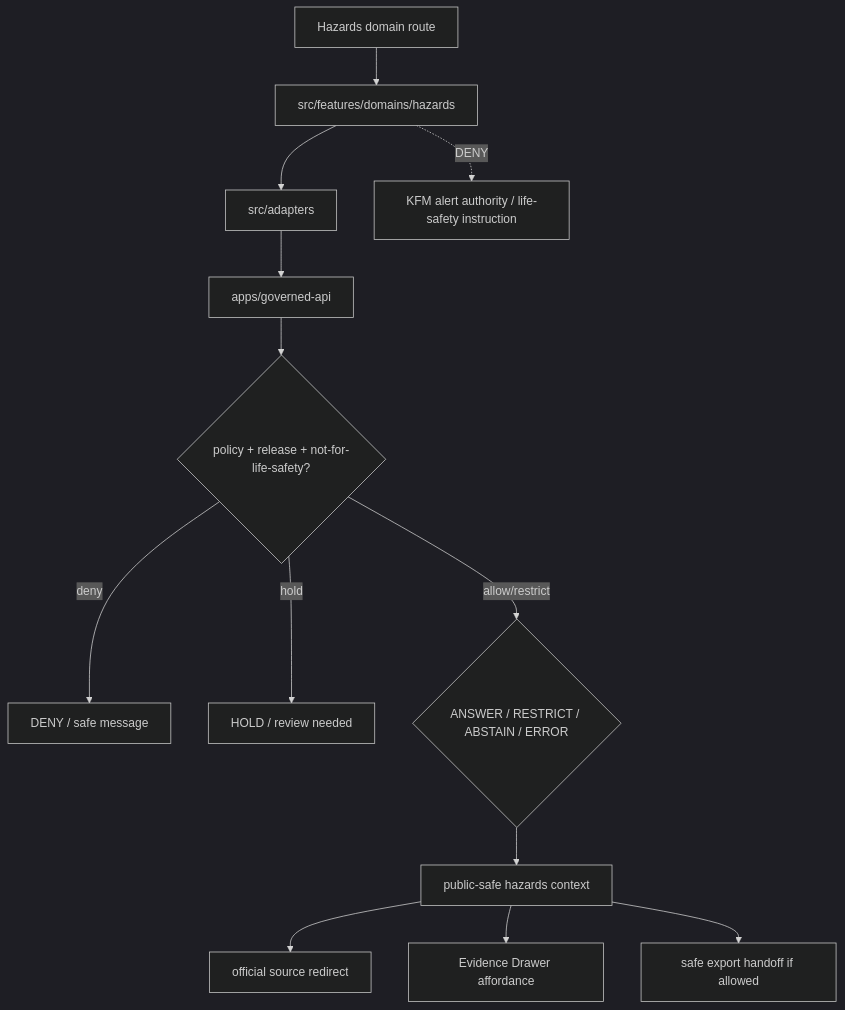
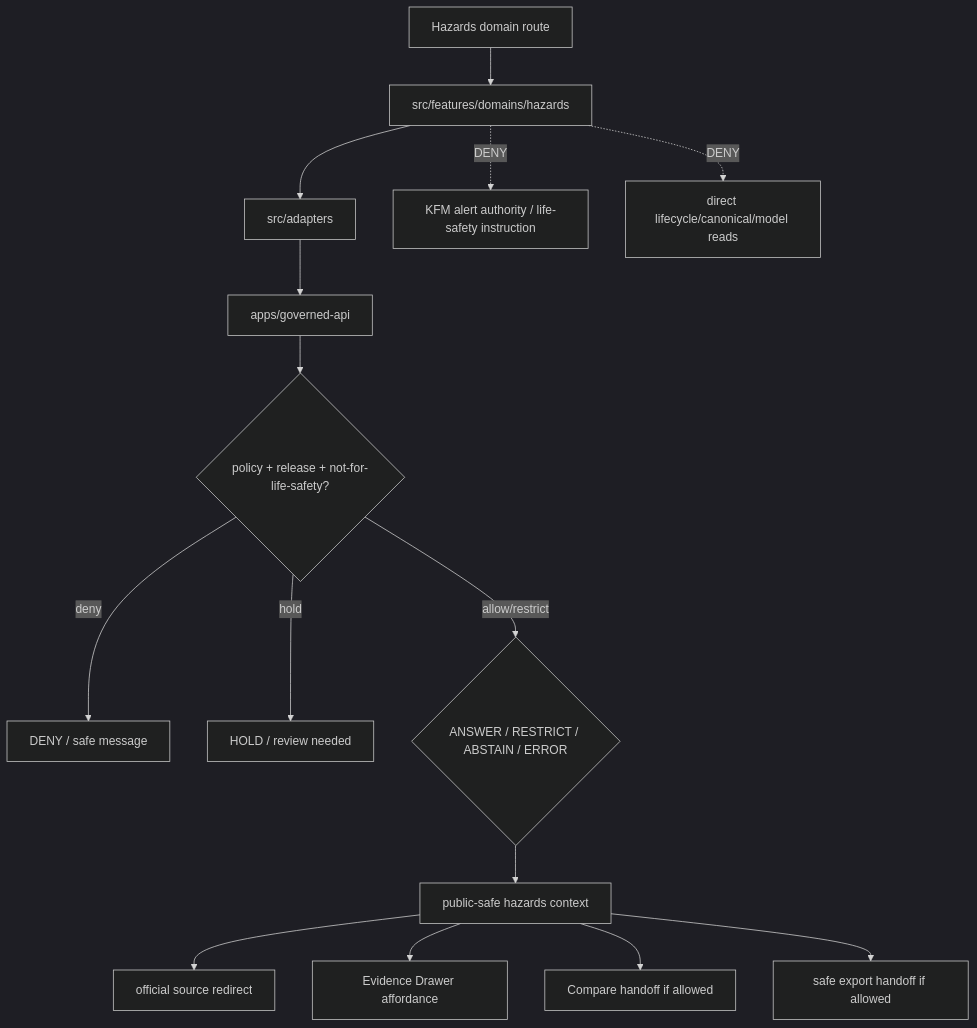
One commit to bartytime4life/Kansas-Frontier-Matrix changed the diagram in apps/explorer-web/src/features/domains/hazards/README.md. Above: the diagram before and after it, drawn with Mermaid (dark theme). The commit also changed other lines of this file, not shown here.

Commit message:
docs: update explorer web hazards feature README

````diff
--- a/apps/explorer-web/src/features/domains/hazards/README.md
+++ b/apps/explorer-web/src/features/domains/hazards/README.md
@@ -220,15 +299,17 @@
 ```mermaid
 flowchart TD
     route["Hazards domain route"] --> feature["src/features/domains/hazards"]
     feature --> adapters["src/adapters"]
     adapters --> api["apps/governed-api"]
     api --> policy{"policy + release + not-for-life-safety?"}
     policy -->|deny| deny["DENY / safe message"]
     policy -->|hold| hold["HOLD / review needed"]
     policy -->|allow/restrict| envelope{"ANSWER / RESTRICT / ABSTAIN / ERROR"}
     envelope --> view["public-safe hazards context"]
     view --> official["official source redirect"]
     view --> evidence["Evidence Drawer affordance"]
+    view --> compare["Compare handoff if allowed"]
     view --> export["safe export handoff if allowed"]
     feature -. DENY .-> alert["KFM alert authority / life-safety instruction"]
+    feature -. DENY .-> direct["direct lifecycle/canonical/model reads"]
 ```
````
